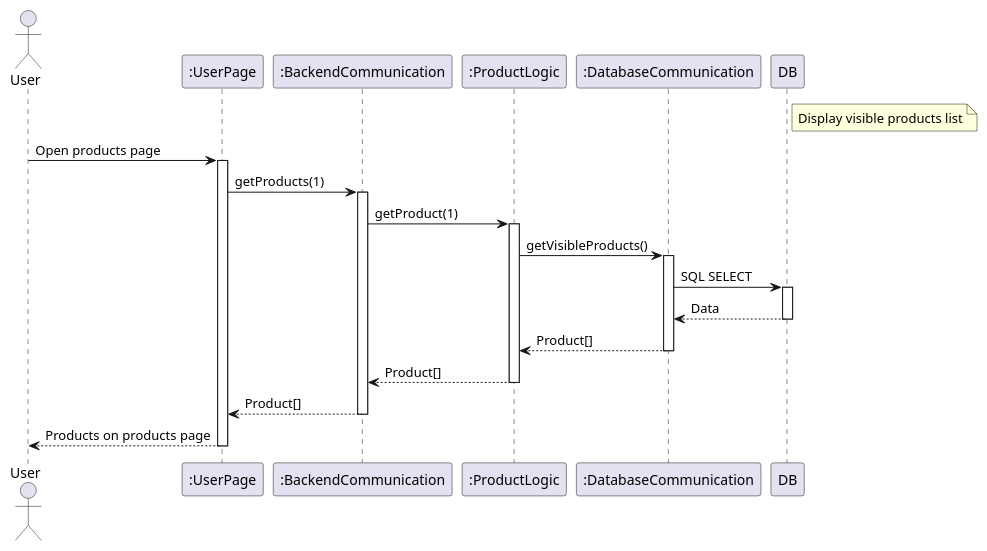
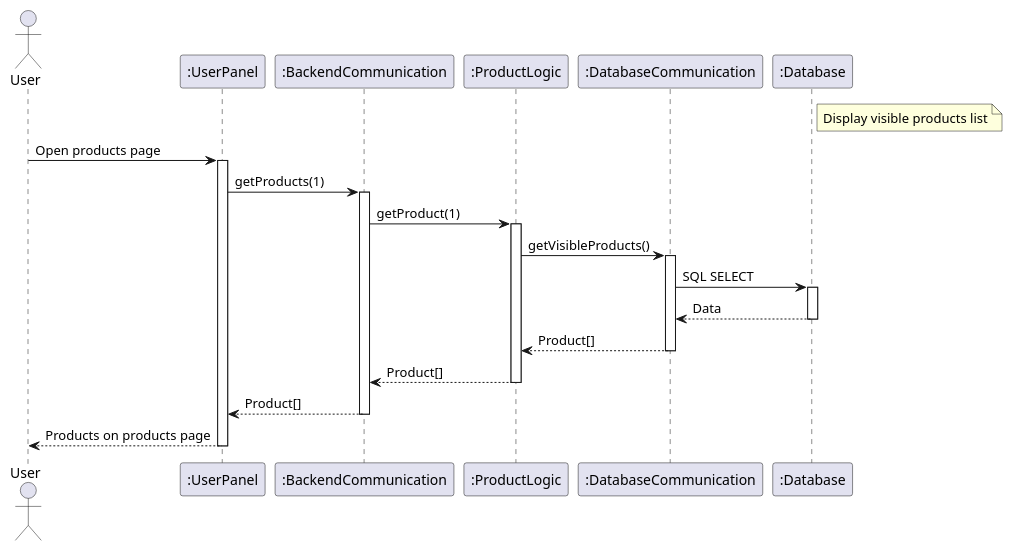
Before and after one commit to RadekBucki/OpinionCollectorArchitecture: the first of 2 diagrams in WholeApplicationFlowDiagrams.md, drawn with PlantUML. The commit also changed other lines of this file, not shown here.

````diff
--- a/WholeApplicationFlowDiagrams.md
+++ b/WholeApplicationFlowDiagrams.md
@@ -3,32 +3,32 @@
 ```plantuml
 @startuml
-    note right of DB
+    note right of ":Database"
         Display visible products list
     endnote
     
     actor       User
-    participant ":UserPage"              as UserFE
+    participant ":UserPanel"             as UserFE
     participant ":BackendCommunication"  as BeComm
     participant ":ProductLogic"          as Product
     participant ":DatabaseCommunication" as DbComm
-    participant ":Database"              as DB
+    participant ":Database"
     
     User    -> UserFE  : Open products page
     activate UserFE
     UserFE  -> BeComm  : getProducts(1)
     activate BeComm
     BeComm  -> Product : getProduct(1)
     activate Product
     Product -> DbComm  : getVisibleProducts()
     activate DbComm
-    DbComm  -> DB      : SQL SELECT
-    activate DB
+    DbComm  -> ":Database"      : SQL SELECT
+    activate ":Database"
     
     return Data
     return Product[]
     return Product[]
     return Product[]
     return Products on products page
     
 @enduml
 ```
````
